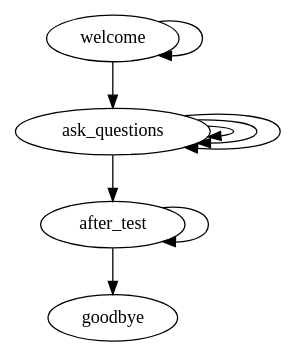
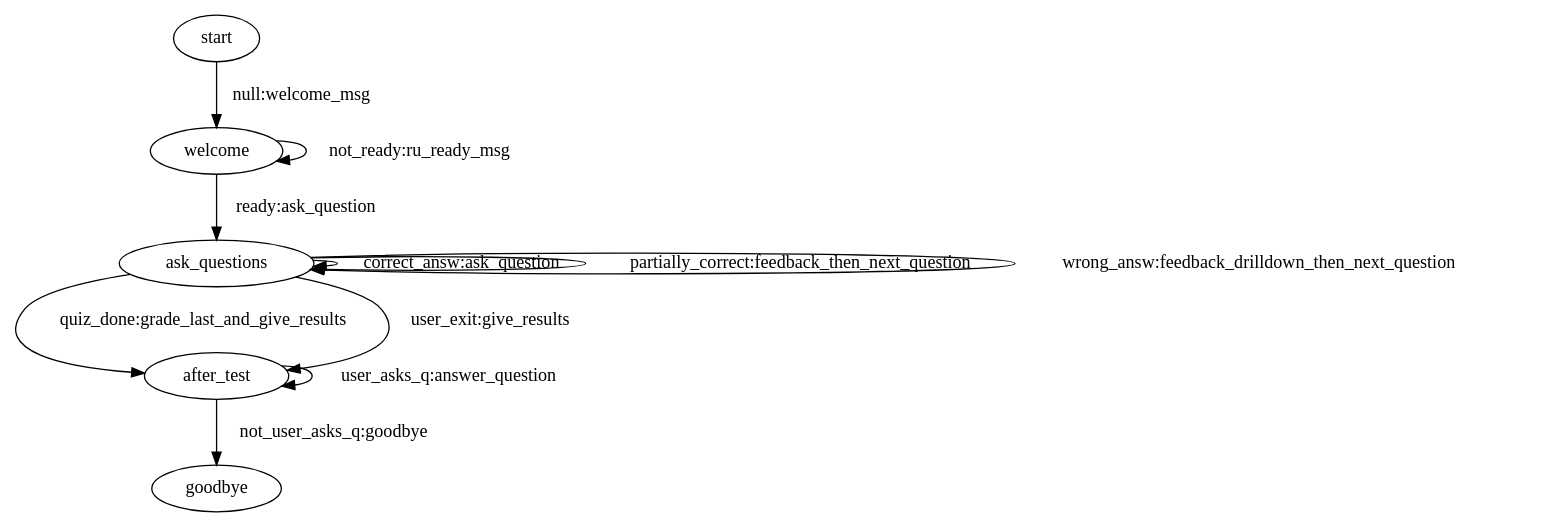
Before and after one commit to abecode/sigdial23demo: the diagram in quiz.dot, drawn with Graphviz. The commit also changed 1 other file, not shown here.

Commit message:
implement basic dialog to match graph

```diff
--- a/quiz.dot
+++ b/quiz.dot
@@ -1,11 +1,14 @@
 digraph Quiz {
-  welcome -> welcome
-  welcome -> ask_questions
-  ask_questions -> ask_questions
-  ask_questions -> ask_questions
-  ask_questions -> ask_questions
-  ask_questions -> after_test
-  after_test    -> after_test
-  after_test    -> goodbye
+  lblstyle="rotate=20"
+  start -> welcome                [label="null:welcome_msg", lblstyle="rotate=20"]
+  welcome -> welcome              [label="not_ready:ru_ready_msg"]
+  welcome -> ask_questions        [label="ready:ask_question"]
+  ask_questions -> ask_questions  [label="correct_answ:ask_question"]
+  ask_questions -> ask_questions  [label="partially_correct:feedback_then_next_question"]
+  ask_questions -> ask_questions  [label="wrong_answ:feedback_drilldown_then_next_question"]
+  ask_questions -> after_test     [label="quiz_done:grade_last_and_give_results"]
+  ask_questions -> after_test     [label="user_exit:give_results"]
+  after_test    -> after_test     [label="user_asks_q:answer_question"]
+  after_test    -> goodbye        [label="not_user_asks_q:goodbye"]
 
 }
```
